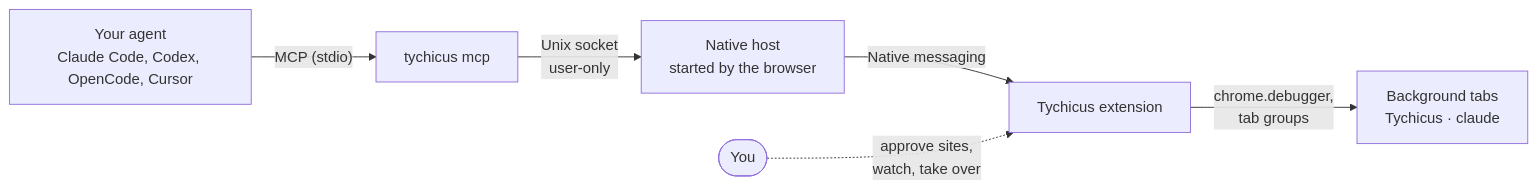
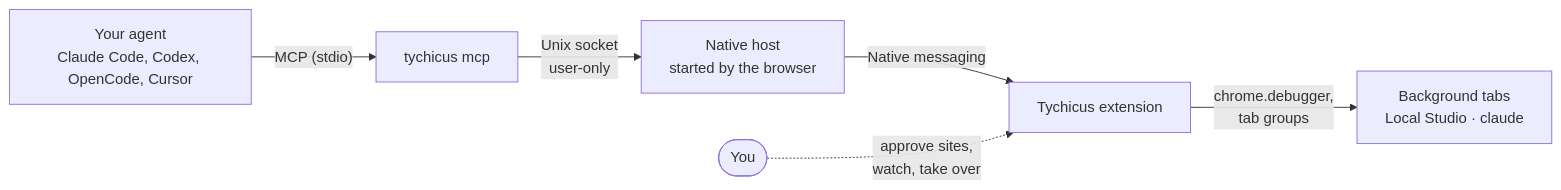
One commit to Students-of-Local/baney-local-studio changed the diagram in browser/GUIDE.md. Above: the diagram before and after it, drawn with Mermaid. The commit also changed other lines of this file and 31 other files, not shown here.

First line of the commit message:
Model text, tab groups and the ChatGPT sign-in say Local Studio (tychicus#131)

````diff
--- a/browser/GUIDE.md
+++ b/browser/GUIDE.md
@@ -538,8 +538,8 @@
 ```mermaid
 flowchart LR
   A["Your agent<br/>Claude Code, Codex, OpenCode, Cursor"] -- "MCP (stdio)" --> B["tychicus mcp"]
   B -- "Unix socket<br/>user-only" --> C["Native host<br/>started by the browser"]
   C -- "Native messaging" --> D["Tychicus extension"]
-  D -- "chrome.debugger,<br/>tab groups" --> E["Background tabs<br/>Tychicus · claude"]
+  D -- "chrome.debugger,<br/>tab groups" --> E["Background tabs<br/>Local Studio · claude"]
   U(["You"]) -. "approve sites,<br/>watch, take over" .-> D
 ```
````
